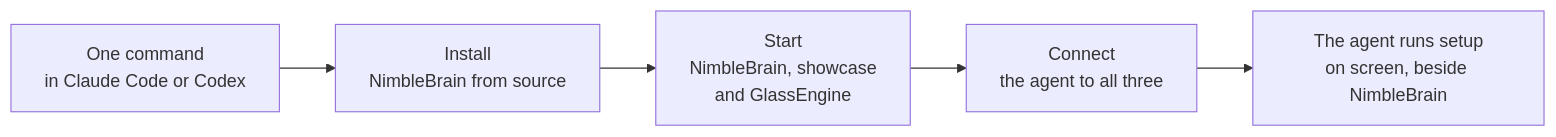
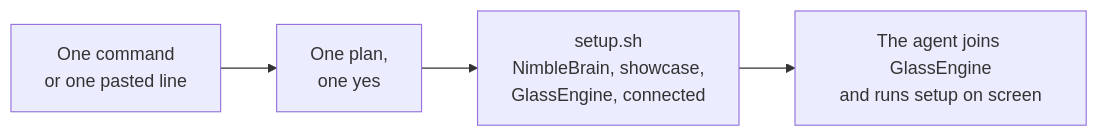
One commit to bracture-dev/nimblebrain changed the diagram in .agents/skills/nimblebrain-setup/SKILL.md. Above: the diagram before and after it, drawn with Mermaid. The commit also changed other lines of this file and 17 other files, not shown here.

````diff
--- a/.agents/skills/nimblebrain-setup/SKILL.md
+++ b/.agents/skills/nimblebrain-setup/SKILL.md
@@ -14,7 +14,6 @@
 ```mermaid
 flowchart LR
-  A["One command<br/>in Claude Code or Codex"] --> B["Install<br/>NimbleBrain from source"]
-  B --> C["Start<br/>NimbleBrain, showcase<br/>and GlassEngine"]
-  C --> D["Connect<br/>the agent to all three"]
-  D --> E["The agent runs setup<br/>on screen, beside NimbleBrain"]
+  A["One command<br/>or one pasted line"] --> B["One plan,<br/>one yes"]
+  B --> C["setup.sh<br/>NimbleBrain, showcase,<br/>GlassEngine, connected"]
+  C --> D["The agent joins GlassEngine<br/>and runs setup on screen"]
 ```
````
